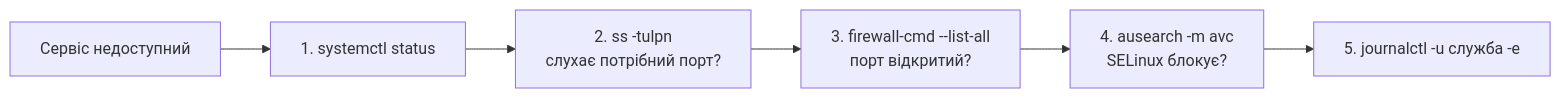
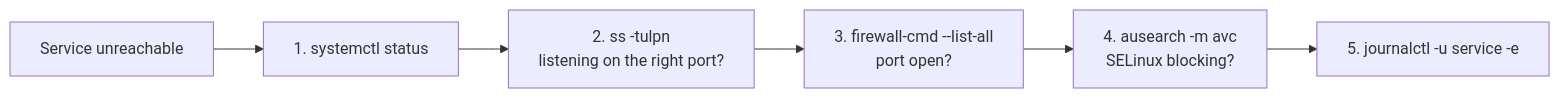
Before and after one commit to andriyevski/python-learning-portfolio: diagram 13 of 13 in commands.md, drawn with Mermaid. The commit also changed other lines of this file and 3 other files, not shown here.

````diff
--- a/commands.md
+++ b/commands.md
@@ -749,8 +758,8 @@
 ```mermaid
 graph LR
-    A["Сервіс недоступний"] --> B["1. systemctl status"]
-    B --> C["2. ss -tulpn<br/>слухає потрібний порт?"]
-    C --> D["3. firewall-cmd --list-all<br/>порт відкритий?"]
-    D --> E["4. ausearch -m avc<br/>SELinux блокує?"]
-    E --> F["5. journalctl -u служба -e"]
+    A["Service unreachable"] --> B["1. systemctl status"]
+    B --> C["2. ss -tulpn<br/>listening on the right port?"]
+    C --> D["3. firewall-cmd --list-all<br/>port open?"]
+    D --> E["4. ausearch -m avc<br/>SELinux blocking?"]
+    E --> F["5. journalctl -u service -e"]
 ```
````
